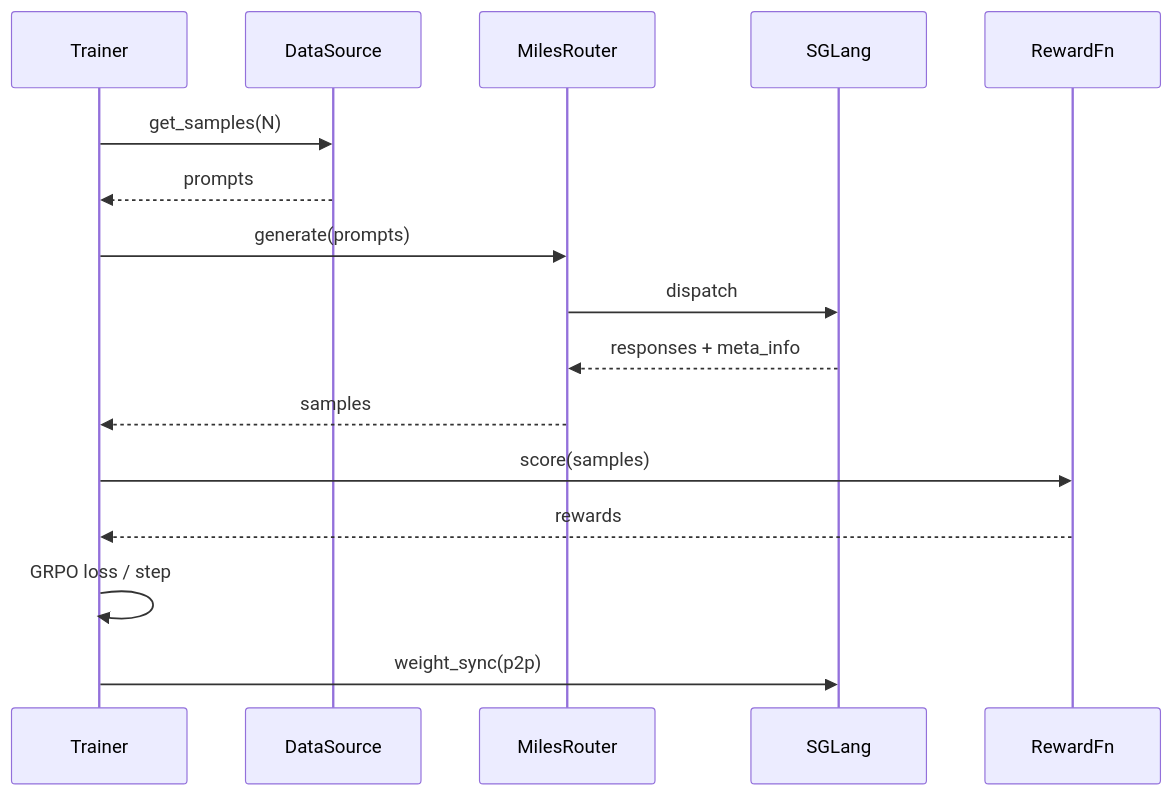
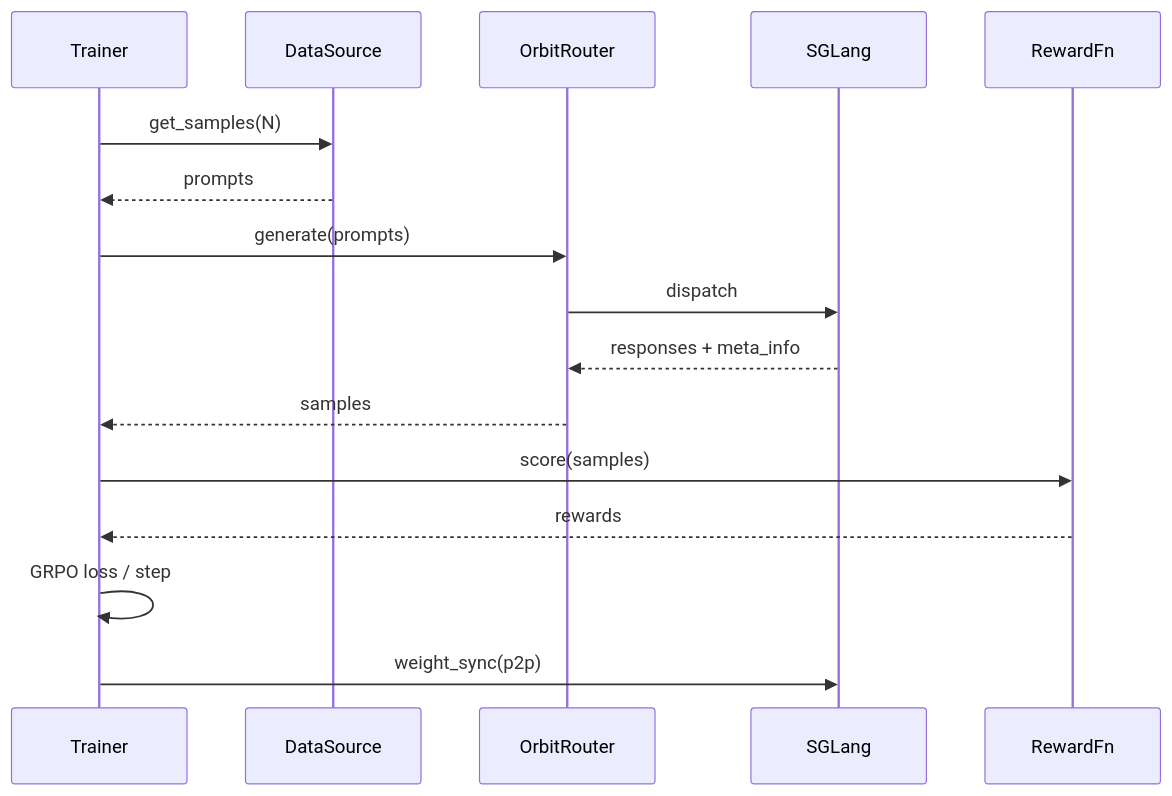
The second of 2 diagrams in docs/developer/architecture.md (Sphere-AI-Lab/orbit), drawn with Mermaid before and after one commit. The commit also changed other lines of this file and 1865 other files, not shown here.

Commit message:
refactor: rename MILES tree to Orbit

````diff
--- a/docs/developer/architecture.md
+++ b/docs/developer/architecture.md
@@ -78,19 +78,19 @@
 ```mermaid
 sequenceDiagram
     participant T as Trainer
     participant DS as DataSource
-    participant MR as MilesRouter
+    participant MR as OrbitRouter
     participant SG as SGLang
     participant RM as RewardFn
 
     T->>DS: get_samples(N)
     DS-->>T: prompts
     T->>MR: generate(prompts)
     MR->>SG: dispatch
     SG-->>MR: responses + meta_info
     MR-->>T: samples
     T->>RM: score(samples)
     RM-->>T: rewards
     T->>T: GRPO loss / step
     T->>SG: weight_sync(p2p)
 ```
````
